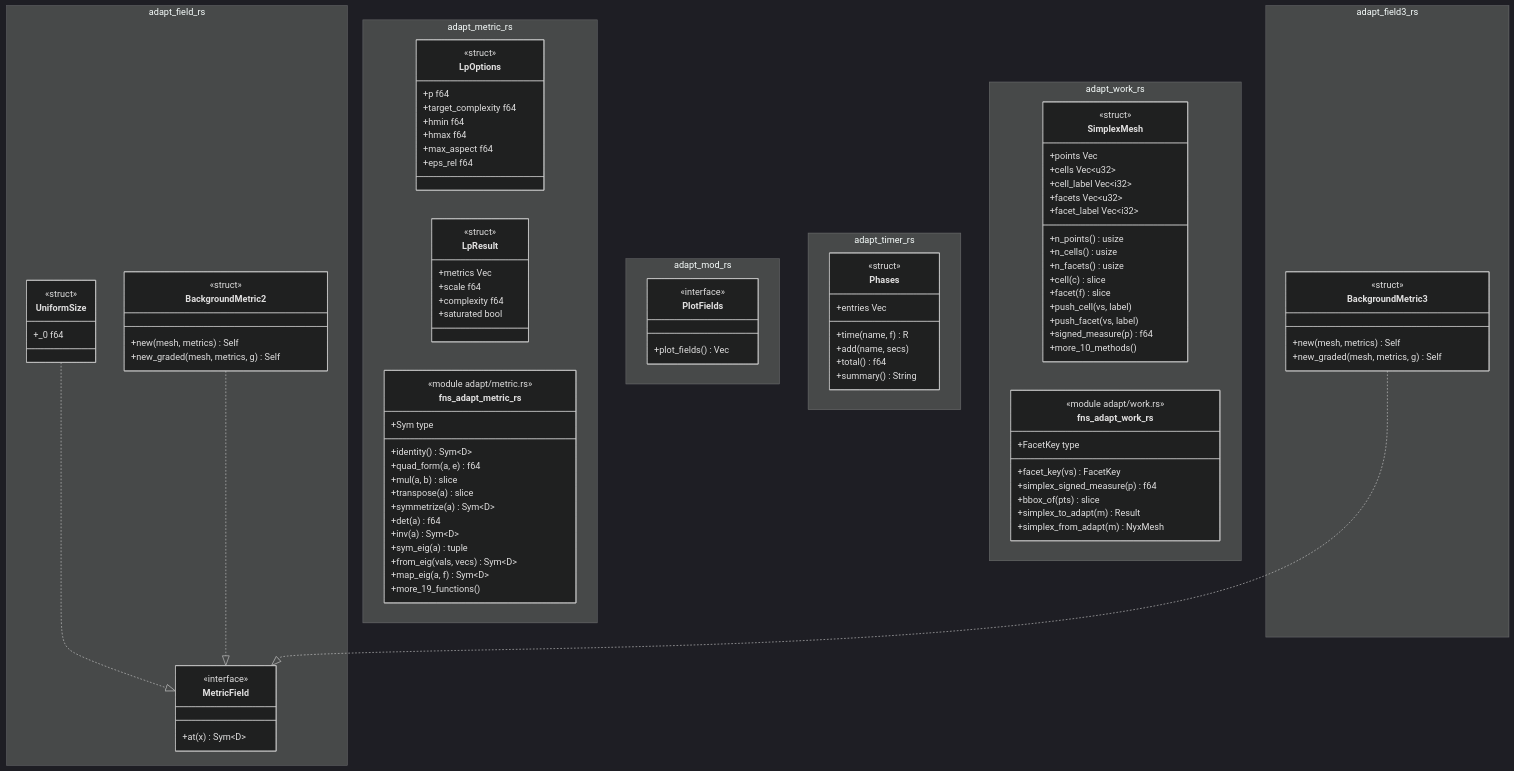
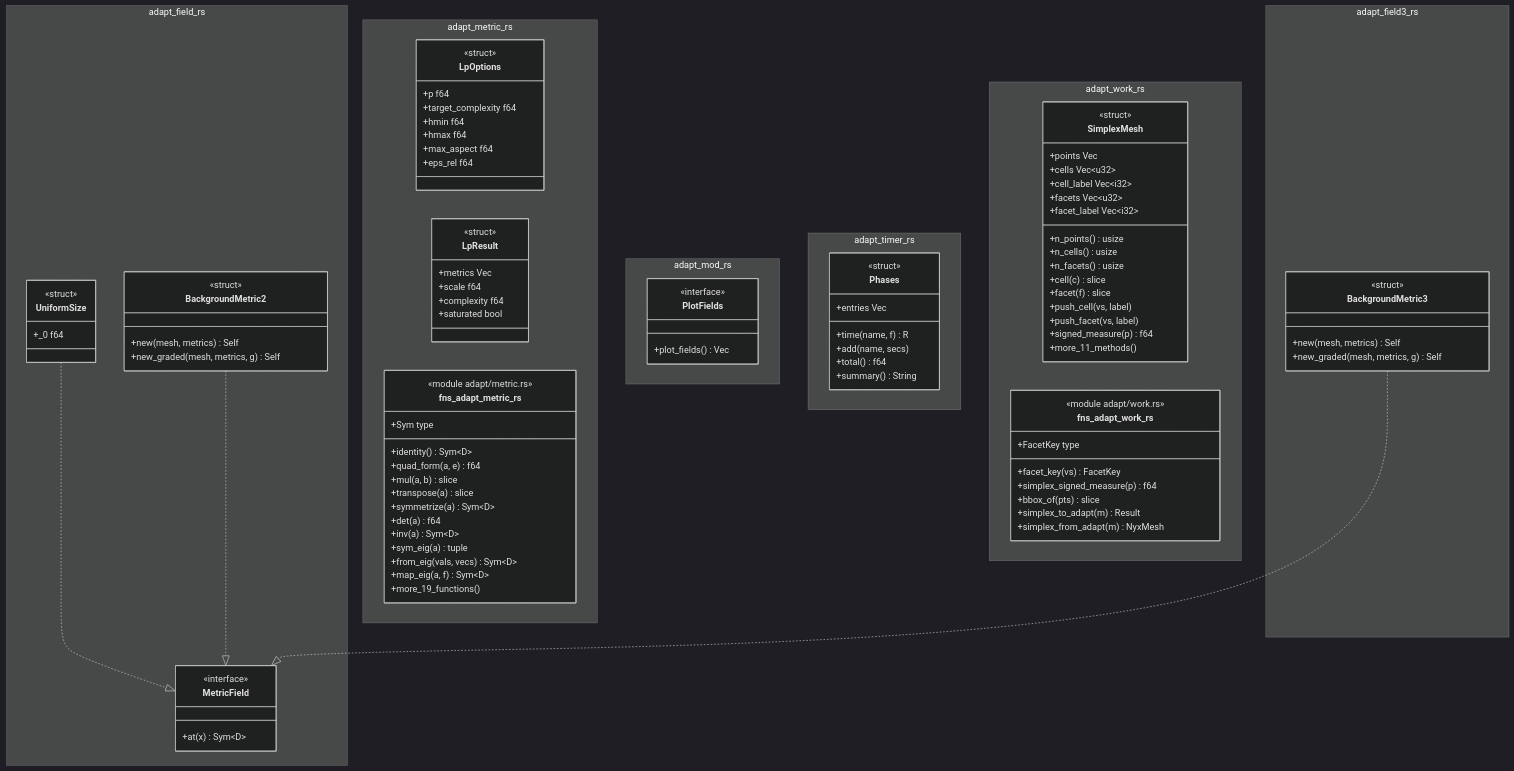
One commit to p-j-r/nyx changed the diagram in docs/architecture/c4/4-code/femcore/metric.md. Above: the diagram before and after it, drawn with Mermaid (dark theme). The commit also changed other lines of this file and 150 other files, not shown here.

```diff
--- a/docs/architecture/c4/4-code/femcore/metric.md
+++ b/docs/architecture/c4/4-code/femcore/metric.md
@@ -133,7 +133,7 @@
         +push_cell(vs, label)
         +push_facet(vs, label)
         +signed_measure(p) f64
-        +more_10_methods()
+        +more_11_methods()
     }
     class fns_adapt_work_rs {
         <<module adapt/work.rs>>
```
